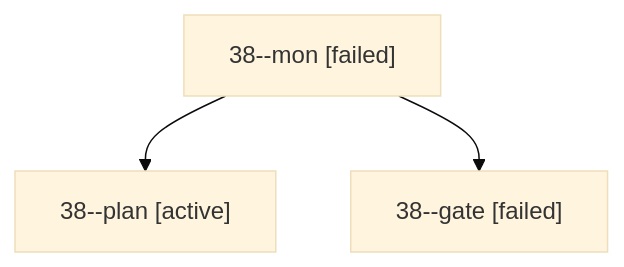
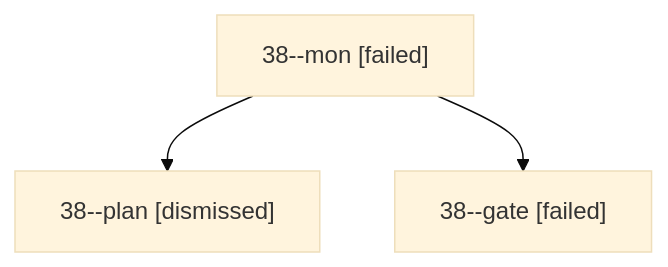
One commit to bobs-org/bob-cli--agents changed the diagram in sessions/bbugyi200.apollo.38.md. Above: the diagram before and after it, drawn with Mermaid (base theme). The commit also changed other lines of this file and 31 other files, not shown here.

````diff
--- a/sessions/bbugyi200.apollo.38.md
+++ b/sessions/bbugyi200.apollo.38.md
@@ -9,8 +9,8 @@
 ```mermaid
 flowchart TD
   n0["38--mon [failed]"]
-  n1["38--plan [active]"]
+  n1["38--plan [dismissed]"]
   n0 --> n1
   n2["38--gate [failed]"]
   n0 --> n2
 ```
````
